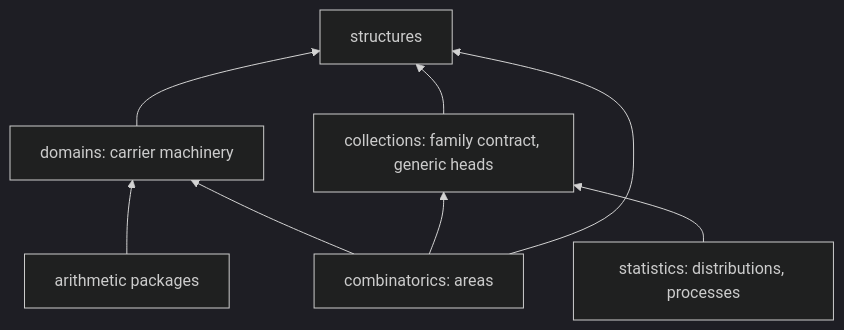
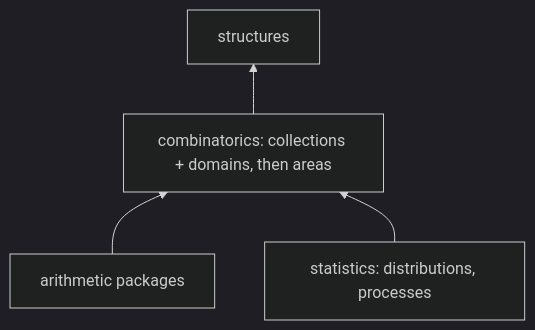
One commit to enumeratio/enumeratio changed the diagram in design/speculative/combinatorics-layering-and-plausible.md. Above: the diagram before and after it, drawn with Mermaid (dark theme). The commit also changed other lines of this file, not shown here.

Commit message:
design: carriers by counted-and-ordered, conversions as constructors, order first-class; merge collections and domains first

````diff
--- a/design/speculative/combinatorics-layering-and-plausible.md
+++ b/design/speculative/combinatorics-layering-and-plausible.md
@@ -94,8 +103,6 @@
 ```mermaid
 flowchart BT
-  domains[domains: carrier machinery] --> structures
-  collections[collections: family contract, generic heads] --> structures
-  combinatorics[combinatorics: areas] --> domains & collections & structures
-  arithmetic[arithmetic packages] --> domains
-  statistics[statistics: distributions, processes] --> collections
+  combinatorics[combinatorics: collections + domains, then areas] --> structures
+  arithmetic[arithmetic packages] --> combinatorics
+  statistics[statistics: distributions, processes] --> combinatorics
 ```
````
